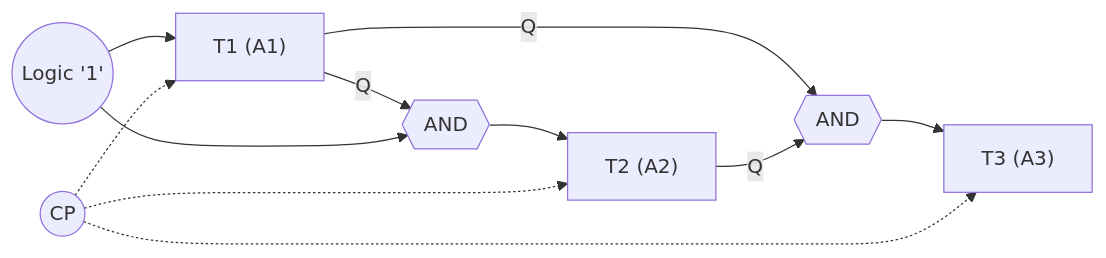
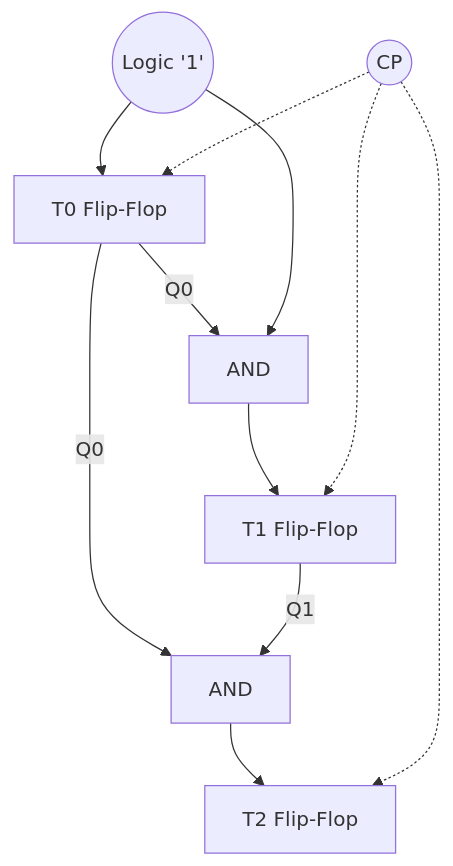
Diagram 14 of 16 in DSD/Lecture3.md (ashura-01/academics-3.1), drawn with Mermaid before and after one commit. The commit also changed other lines of this file, not shown here.

````diff
--- a/DSD/Lecture3.md
+++ b/DSD/Lecture3.md
@@ -438,13 +430,13 @@
 ```mermaid
-flowchart LR
-    Logic1(("Logic '1'")) --> T1FF["T1 (A1)"]
-    T1FF -- Q --> AND1{{AND}}
+flowchart TB
+    Logic1(("Logic '1'")) --> T0FF["T0 Flip-Flop"]
+    T0FF -- Q0 --> AND1["AND"]
     Logic1 --> AND1
-    AND1 --> T2FF["T2 (A2)"]
-    T1FF -- Q --> AND2{{AND}}
-    T2FF -- Q --> AND2
-    AND2 --> T3FF["T3 (A3)"]
-    CP((CP)) -.-> T1FF
+    AND1 --> T1FF["T1 Flip-Flop"]
+    T0FF -- Q0 --> AND2["AND"]
+    T1FF -- Q1 --> AND2
+    AND2 --> T2FF["T2 Flip-Flop"]
+    CP((CP)) -.-> T0FF
+    CP -.-> T1FF
     CP -.-> T2FF
-    CP -.-> T3FF
 ```
````
